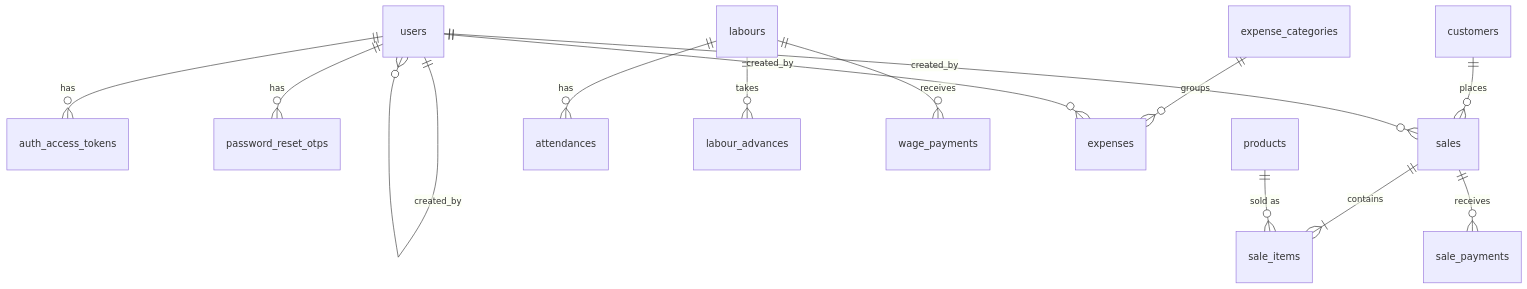
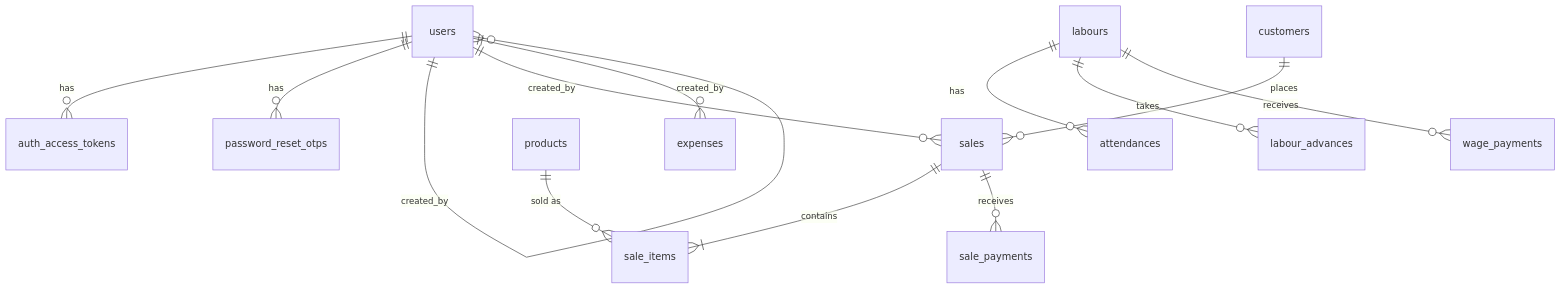
Before and after one commit to musarafhossain/FlyAsh: the diagram in docs/05-Backend-Schema.md, drawn with Mermaid. The commit also changed other lines of this file and 33 other files, not shown here.

````diff
--- a/docs/05-Backend-Schema.md
+++ b/docs/05-Backend-Schema.md
@@ -34,16 +34,15 @@
 ```mermaid
 erDiagram
     users ||--o{ auth_access_tokens : has
     users ||--o{ password_reset_otps : has
     users ||--o{ users : "created_by"
     customers ||--o{ sales : places
     sales ||--|{ sale_items : contains
     sales ||--o{ sale_payments : receives
     products ||--o{ sale_items : "sold as"
     labours ||--o{ attendances : has
     labours ||--o{ labour_advances : takes
     labours ||--o{ wage_payments : receives
-    expense_categories ||--o{ expenses : groups
     users ||--o{ sales : "created_by"
     users ||--o{ expenses : "created_by"
 ```
````
